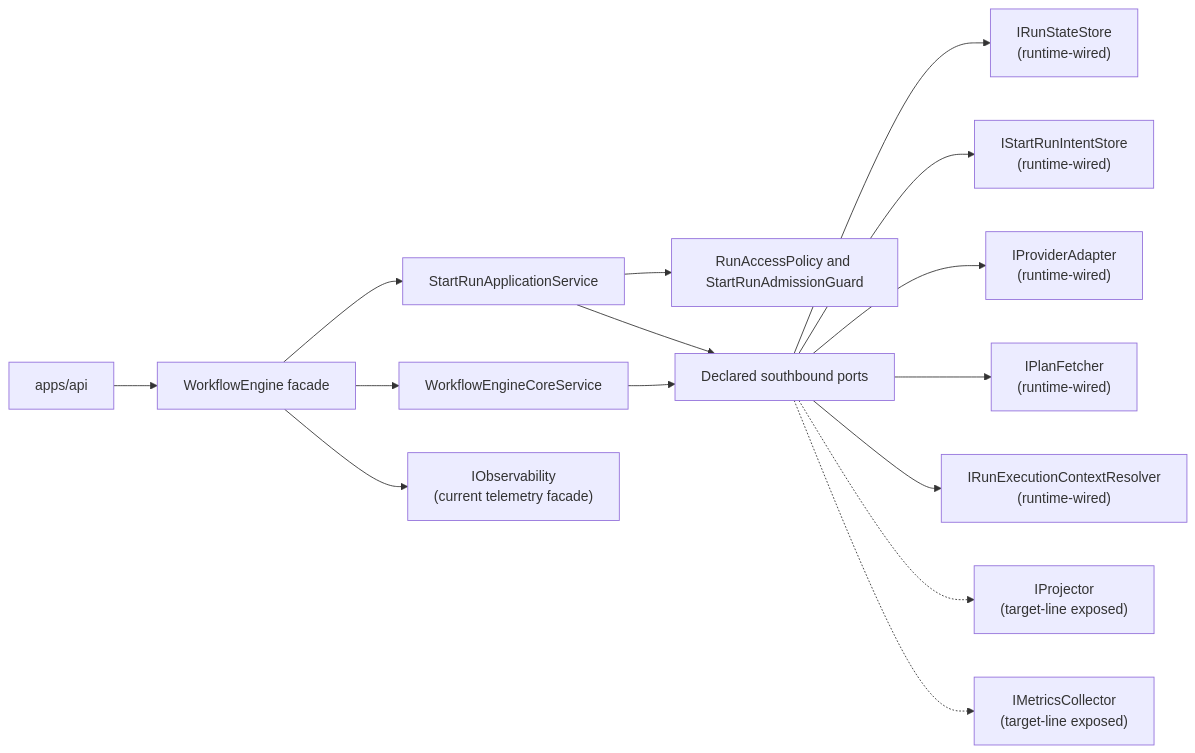
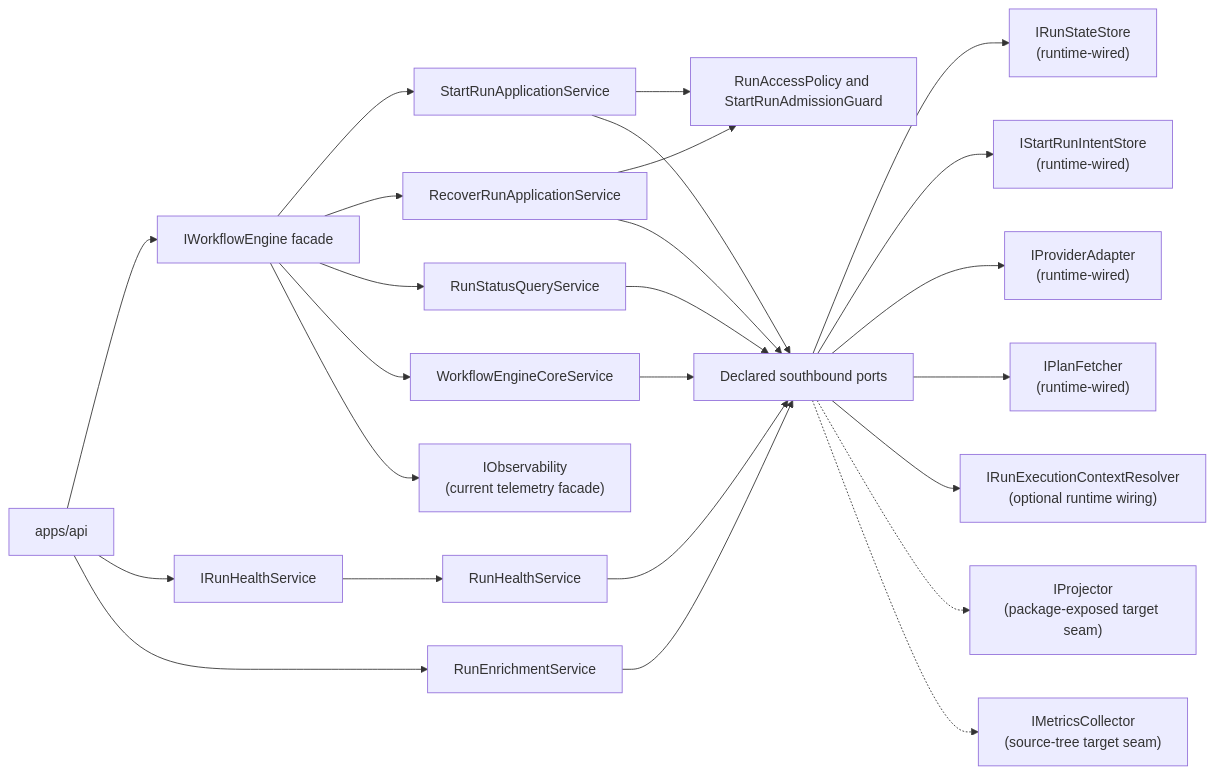
One commit to dunay2/dvt changed the diagram in docs/architecture/components/engine/index.md. Above: the diagram before and after it, drawn with Mermaid. The commit also changed other lines of this file and 168 other files, not shown here.

````diff
--- a/docs/architecture/components/engine/index.md
+++ b/docs/architecture/components/engine/index.md
@@ -84,17 +94,27 @@
 ```mermaid
 flowchart LR
-  Api["apps/api"] --> Engine["WorkflowEngine facade"]
+  Api["apps/api"] --> Engine["IWorkflowEngine facade"]
+  Api --> HealthApi["IRunHealthService"]
+  Api --> Enrich["RunEnrichmentService"]
   Engine --> StartRun["StartRunApplicationService"]
+  Engine --> Recover["RecoverRunApplicationService"]
+  Engine --> Query["RunStatusQueryService"]
   Engine --> Core["WorkflowEngineCoreService"]
+  HealthApi --> Health["RunHealthService"]
+  Recover --> Policy["RunAccessPolicy and StartRunAdmissionGuard"]
   StartRun --> Policy["RunAccessPolicy and StartRunAdmissionGuard"]
   StartRun --> Ports["Declared southbound ports"]
+  Recover --> Ports
+  Query --> Ports
+  Health --> Ports
   Core --> Ports
+  Enrich --> Ports
   Ports --> State["IRunStateStore<br/>(runtime-wired)"]
   Ports --> Intent["IStartRunIntentStore<br/>(runtime-wired)"]
   Ports --> Providers["IProviderAdapter<br/>(runtime-wired)"]
   Ports --> Plan["IPlanFetcher<br/>(runtime-wired)"]
-  Ports --> RunCtx["IRunExecutionContextResolver<br/>(runtime-wired)"]
-  Ports -.-> Projector["IProjector<br/>(target-line exposed)"]
-  Ports -.-> Metrics["IMetricsCollector<br/>(target-line exposed)"]
+  Ports --> RunCtx["IRunExecutionContextResolver<br/>(optional runtime wiring)"]
+  Ports -.-> Projector["IProjector<br/>(package-exposed target seam)"]
+  Ports -.-> Metrics["IMetricsCollector<br/>(source-tree target seam)"]
   Engine --> Obs["IObservability<br/>(current telemetry facade)"]
 ```
````
